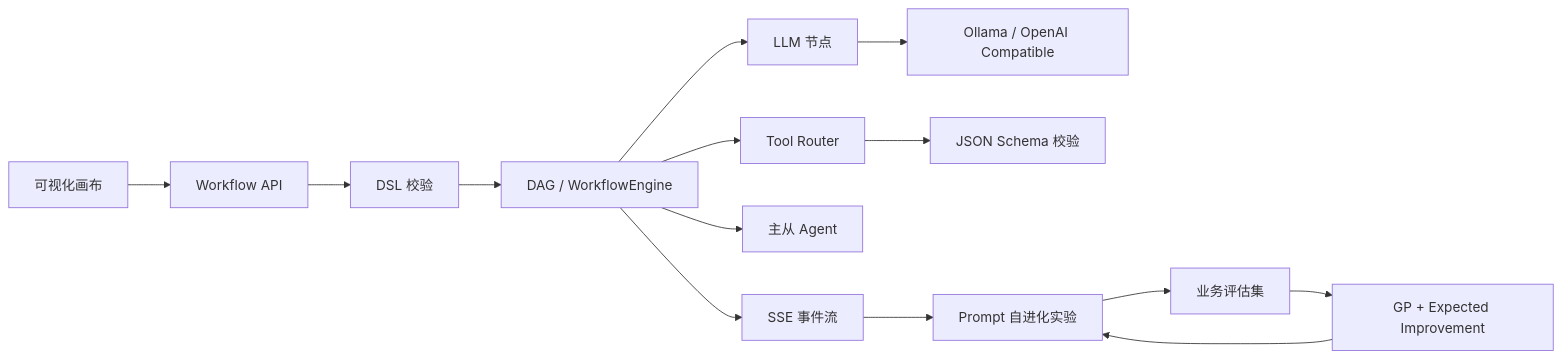
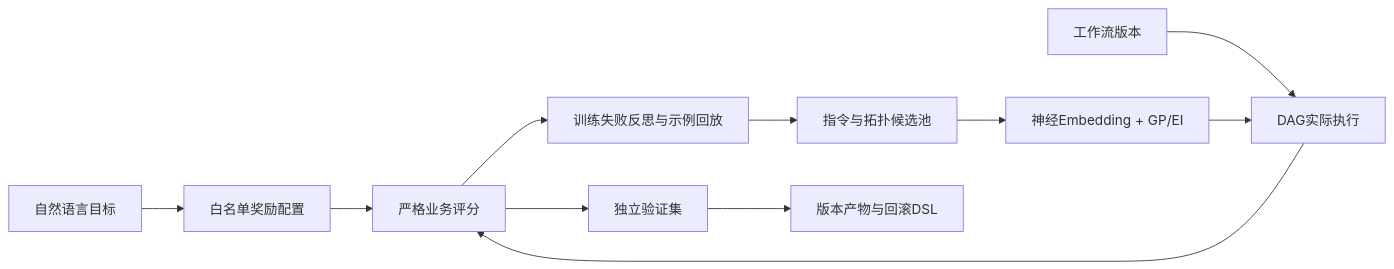
One commit to trickytricklol/agentflow-platform changed the diagram in README.md. Above: the diagram before and after it, drawn with Mermaid. The commit also changed other lines of this file and 56 other files, not shown here.

````diff
--- a/README.md
+++ b/README.md
@@ -27,16 +17,13 @@
 ```mermaid
 flowchart LR
-    UI[可视化画布] --> API[Workflow API]
-    API --> DSL[DSL 校验]
-    DSL --> DAG[DAG / WorkflowEngine]
-    DAG --> LLM[LLM 节点]
-    DAG --> TOOL[Tool Router]
-    DAG --> AGENT[主从 Agent]
-    LLM --> OLLAMA[Ollama / OpenAI Compatible]
-    TOOL --> SCHEMA[JSON Schema 校验]
-    DAG --> EVENTS[SSE 事件流]
-    EVENTS --> OPT[Prompt 自进化实验]
-    OPT --> EVAL[业务评估集]
-    EVAL --> GP[GP + Expected Improvement]
-    GP --> OPT
+    G[自然语言目标] --> R[白名单奖励配置]
+    W[工作流版本] --> E[DAG实际执行]
+    E --> F[严格业务评分]
+    R --> F
+    F --> M[训练失败反思与示例回放]
+    M --> C[指令与拓扑候选池]
+    C --> B[神经Embedding + GP/EI]
+    B --> E
+    F --> V[独立验证集]
+    V --> P[版本产物与回滚DSL]
 ```
````
